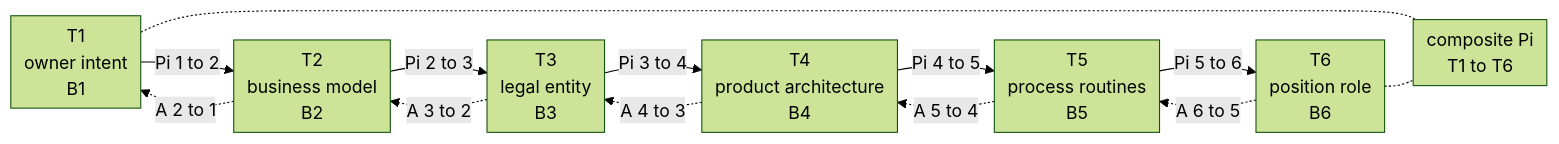
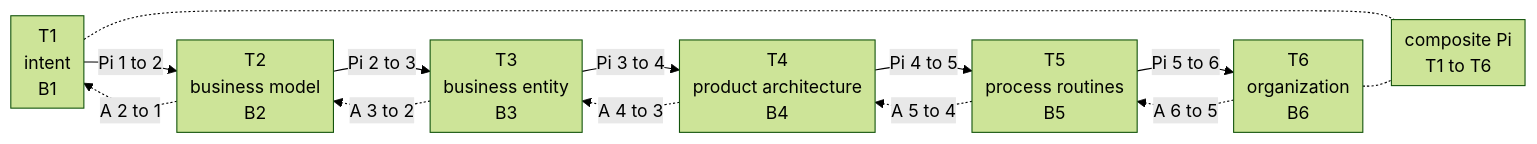
Before and after one commit to spectralbranding/orgschema-papers: the diagram in projection-paper/paper.md, drawn with Mermaid (forest theme). The commit also changed other lines of this file and 87 other files, not shown here.

````diff
--- a/projection-paper/paper.md
+++ b/projection-paper/paper.md
@@ -131,23 +131,23 @@
 ```{.mermaid width="100%"}
 %%{init: {"flowchart": {"nodeSpacing": 18, "rankSpacing": 26, "padding": 6}}}%%
 flowchart LR
- T1["T1<br/>owner intent<br/>B1"]
+ T1["T1<br/>intent<br/>B1"]
  T2["T2<br/>business model<br/>B2"]
- T3["T3<br/>legal entity<br/>B3"]
+ T3["T3<br/>business entity<br/>B3"]
  T4["T4<br/>product architecture<br/>B4"]
  T5["T5<br/>process routines<br/>B5"]
- T6["T6<br/>position role<br/>B6"]
+ T6["T6<br/>organization<br/>B6"]
  PI["composite Pi<br/>T1 to T6"]
  T1 -->|"Pi 1 to 2"| T2
  T2 -->|"Pi 2 to 3"| T3
  T3 -->|"Pi 3 to 4"| T4
  T4 -->|"Pi 4 to 5"| T5
  T5 -->|"Pi 5 to 6"| T6
  T2 -.->|"A 2 to 1"| T1
  T3 -.->|"A 3 to 2"| T2
  T4 -.->|"A 4 to 3"| T3
  T5 -.->|"A 5 to 4"| T4
  T6 -.->|"A 6 to 5"| T5
  T1 -.- PI
  T6 -.- PI
 ```
````
